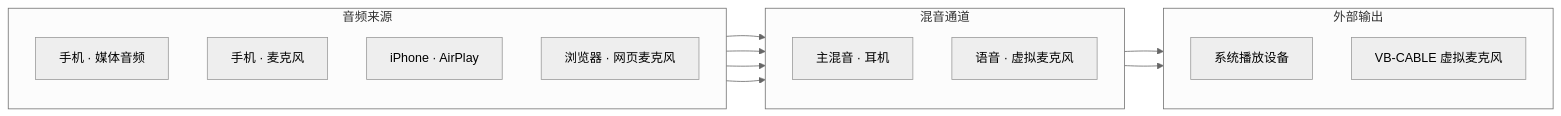
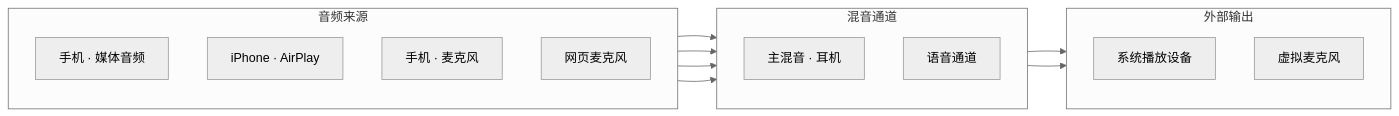
Before and after one commit to kingyxs/MeshAudio: the diagram in README.md, drawn with Mermaid (neutral theme).

Commit message:
docs: 优化 README 拓扑图排版

````diff
--- a/README.md
+++ b/README.md
@@ -39,26 +39,26 @@
 ```mermaid
 flowchart LR
     subgraph SRC["音频来源"]
         direction TB
         M["手机 · 媒体音频"]
+        A["iPhone · AirPlay"]
         V["手机 · 麦克风"]
-        A["iPhone · AirPlay"]
-        W["浏览器 · 网页麦克风"]
+        W["网页麦克风"]
     end
     subgraph BUS["混音通道"]
         direction TB
         B1["主混音 · 耳机"]
-        B2["语音 · 虚拟麦克风"]
+        B2["语音通道"]
     end
     subgraph OUT["外部输出"]
         direction TB
         O1["系统播放设备"]
-        O2["VB-CABLE 虚拟麦克风"]
+        O2["虚拟麦克风"]
     end
     M --> B1
     A --> B1
     V --> B2
     W --> B2
     B1 --> O1
     B2 --> O2
 ```
````
